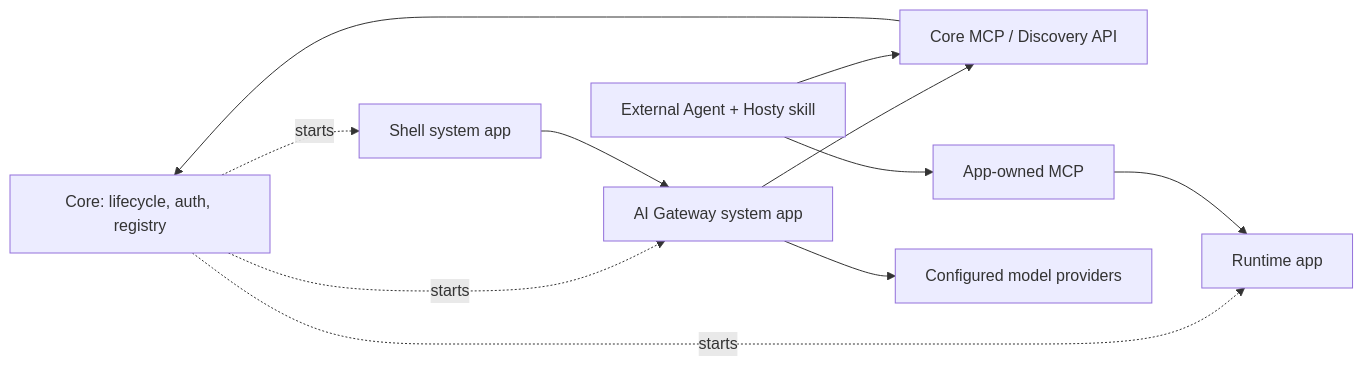
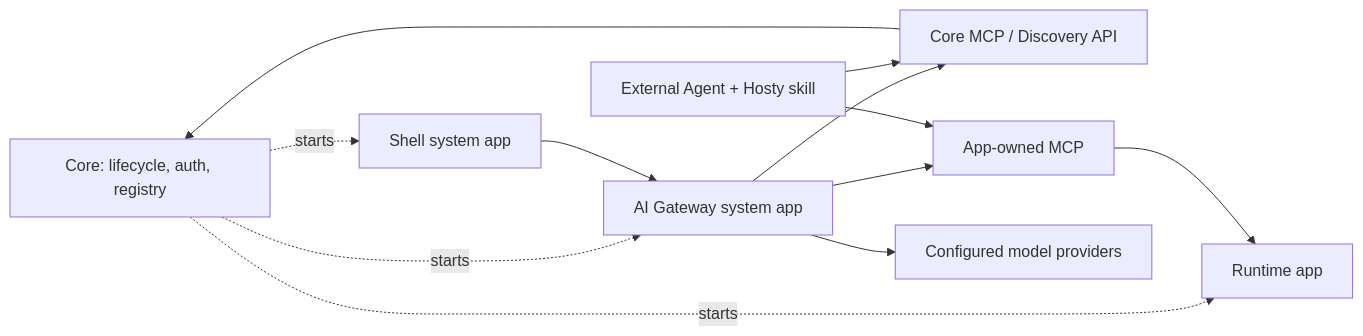
One commit to alex-de-haas/docker-host changed the diagram in docs/features/ai-agent-bridge/feature.md. Above: the diagram before and after it, drawn with Mermaid. The commit also changed other lines of this file and 1 other file, not shown here.

````diff
--- a/docs/features/ai-agent-bridge/feature.md
+++ b/docs/features/ai-agent-bridge/feature.md
@@ -27,23 +27,24 @@
 ```mermaid
 flowchart LR
   Core["Core: lifecycle, auth, registry"]
   CoreMcp["Core MCP / Discovery API"]
   Shell["Shell system app"]
   AIG["AI Gateway system app"]
   Ext["External Agent + Hosty skill"]
   PM["Runtime app"]
   PMMcp["App-owned MCP"]
   Model["Configured model providers"]
 
   Core -. starts .-> Shell
   Core -. starts .-> AIG
   Core -. starts .-> PM
 
   Shell --> AIG
   AIG --> CoreMcp
+  AIG --> PMMcp
   Ext --> CoreMcp
   CoreMcp --> Core
   Ext --> PMMcp
   PMMcp --> PM
   AIG --> Model
 ```
````
